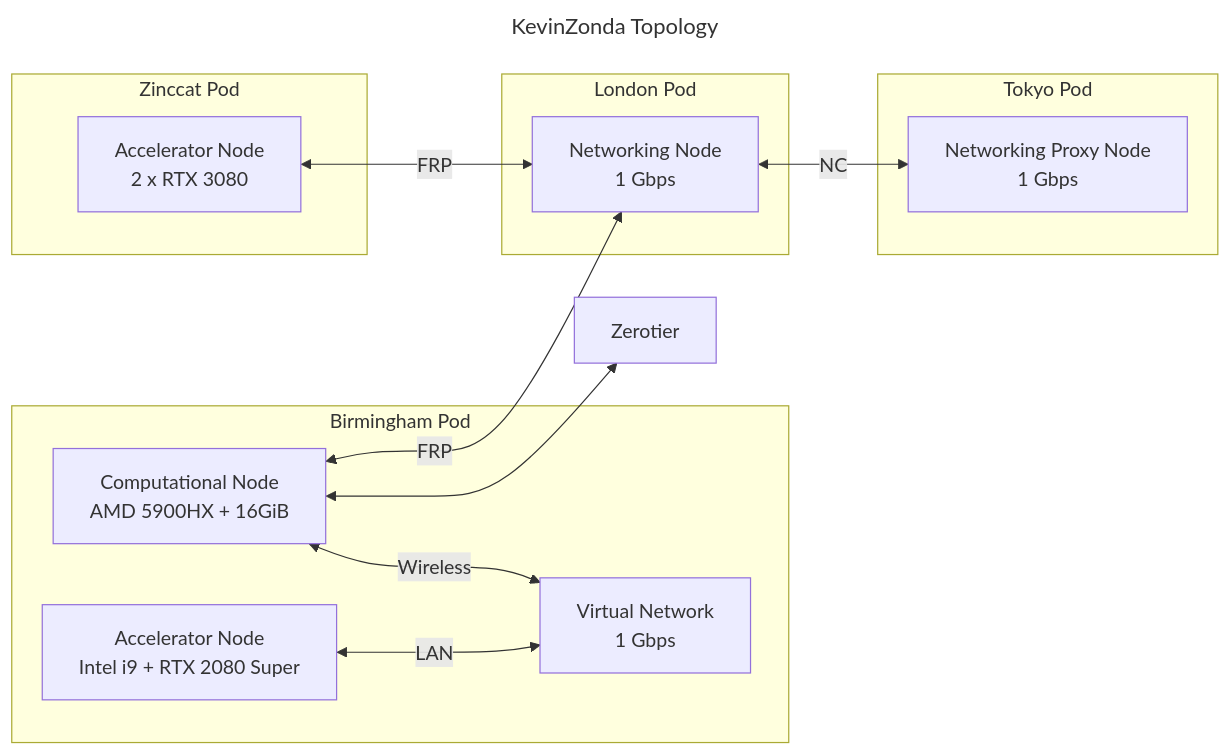
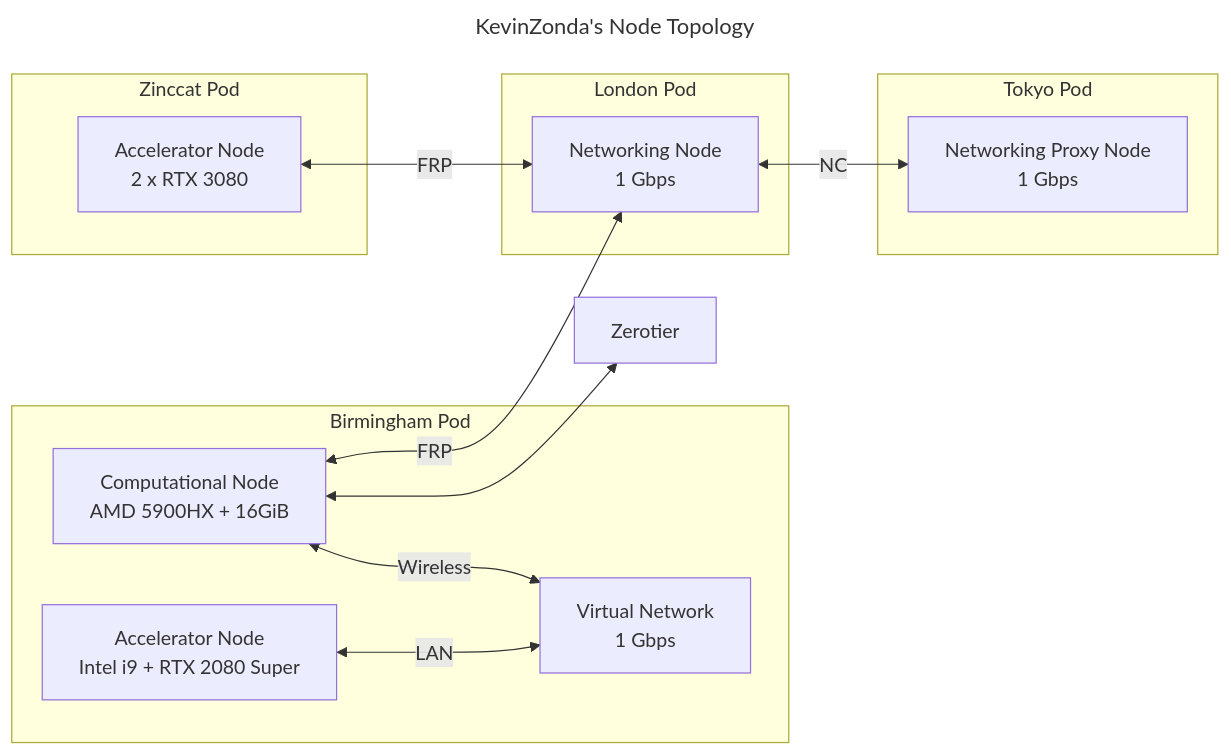
The first of 2 diagrams in README.md (KevinZonda/dot), drawn with Mermaid before and after one commit. The commit also changed other lines of this file, not shown here.

````diff
--- a/README.md
+++ b/README.md
@@ -5,36 +5,36 @@
 ```mermaid
 ---
-title: KevinZonda Topology
+title: KevinZonda's Node Topology
 ---
 flowchart LR
     subgraph BHAM["Birmingham Pod"]
         Comp1[Computational Node<br>AMD 5900HX + 16GiB]
         VNET1[Virtual Network<br>1 Gbps]
         Acc1[Accelerator Node<br>Intel i9 + RTX 2080 Super]
 
         Comp1 <-- Wireless --> VNET1
         Acc1  <-- LAN      --> VNET1
     end
 
 
     subgraph LON["London Pod"]
         NAT1[Networking Node<br>1 Gbps]
     end
 
     subgraph TKO["Tokyo Pod"]
         POX1[Networking Proxy Node<br>1 Gbps]
     end
 
     subgraph ZC["Zinccat Pod"]
         Acc2[Accelerator Node<br>2 x RTX 3080]
     end
 
     ZT[Zerotier]
 
     Comp1 <-- FRP --> NAT1
     Acc2  <-- FRP --> NAT1
 
     NAT1 <-- NC --> POX1
 
     Comp1 <--> ZT
 ```
````
